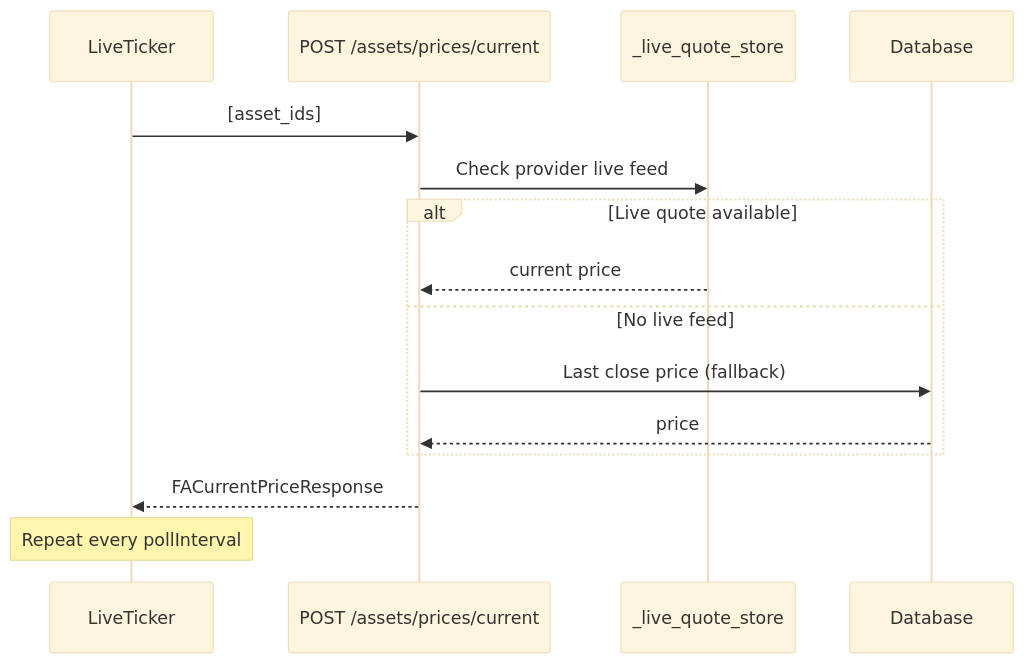
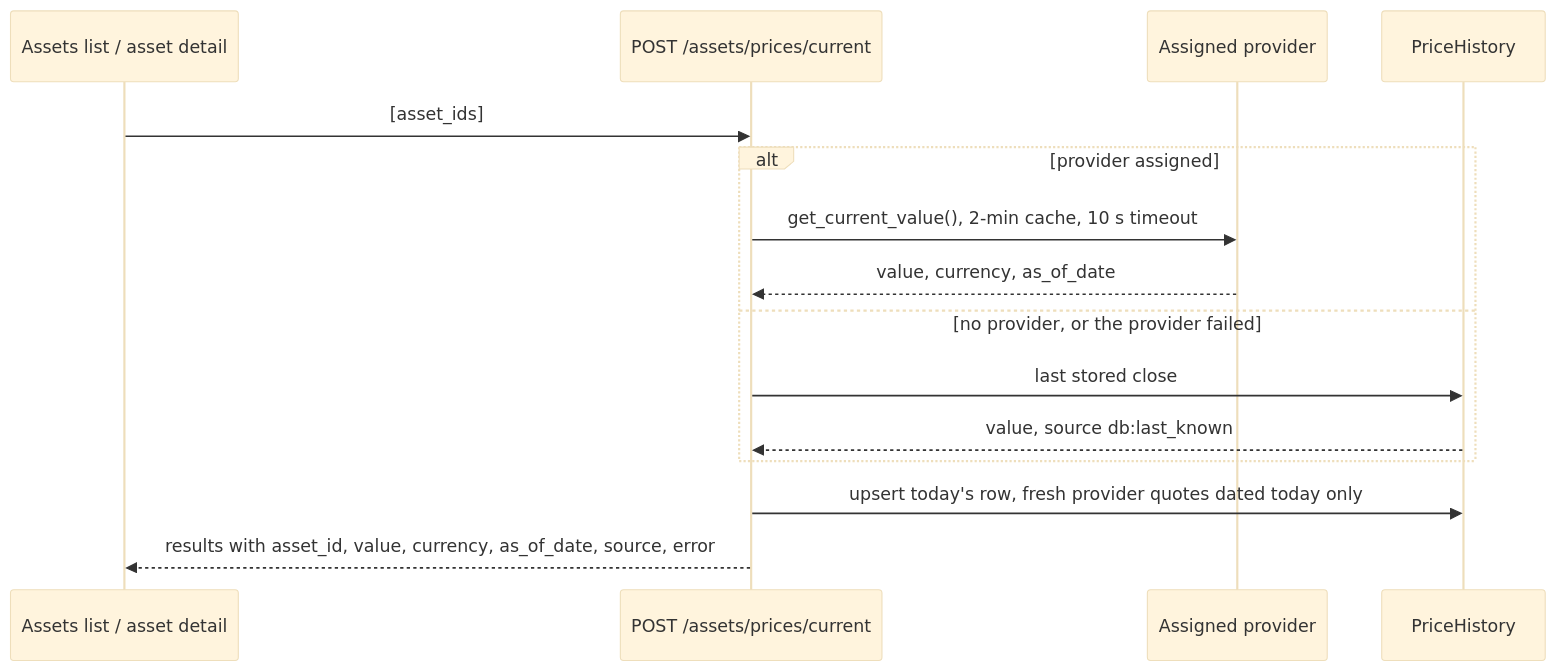
The diagram in mkdocs_src/docs/developer/frontend/components/features/live-ticker.md (Librefolio/LibreFolio), drawn with Mermaid (base theme) before and after one commit. The commit also changed other lines of this file and 48 other files, not shown here.

````diff
--- a/mkdocs_src/docs/developer/frontend/components/features/live-ticker.md
+++ b/mkdocs_src/docs/developer/frontend/components/features/live-ticker.md
@@ -23,18 +97,18 @@
 ```mermaid
 sequenceDiagram
-    participant UI as LiveTicker
+    participant Page as Assets list / asset detail
     participant API as POST /assets/prices/current
-    participant Store as _live_quote_store
-    participant DB as Database
+    participant Prov as Assigned provider
+    participant DB as PriceHistory
 
-    UI->>API: [asset_ids]
-    API->>Store: Check provider live feed
-    alt Live quote available
-        Store-->>API: current price
-    else No live feed
-        API->>DB: Last close price (fallback)
-        DB-->>API: price
+    Page->>API: [asset_ids]
+    alt provider assigned
+        API->>Prov: get_current_value(), 2-min cache, 10 s timeout
+        Prov-->>API: value, currency, as_of_date
+    else no provider, or the provider failed
+        API->>DB: last stored close
+        DB-->>API: value, source db:last_known
     end
-    API-->>UI: FACurrentPriceResponse
-    Note over UI: Repeat every pollInterval
+    API->>DB: upsert today's row, fresh provider quotes dated today only
+    API-->>Page: results with asset_id, value, currency, as_of_date, source, error
 ```
````
